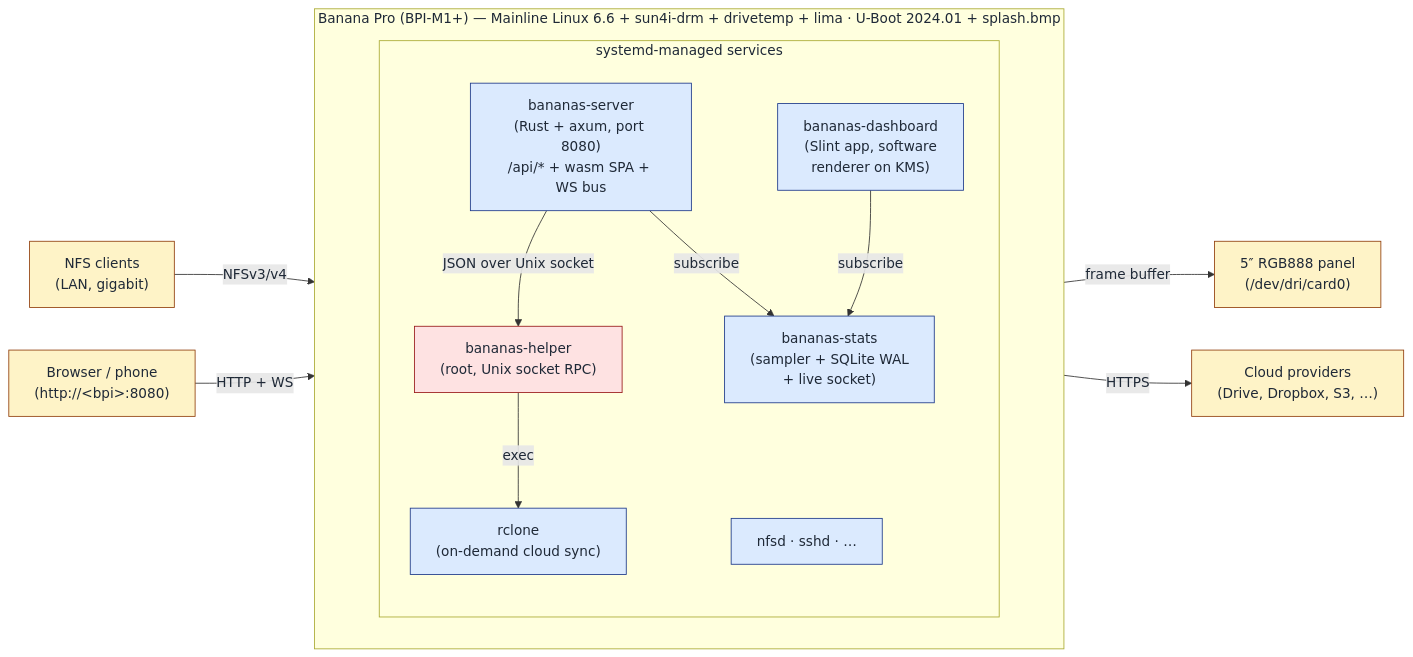
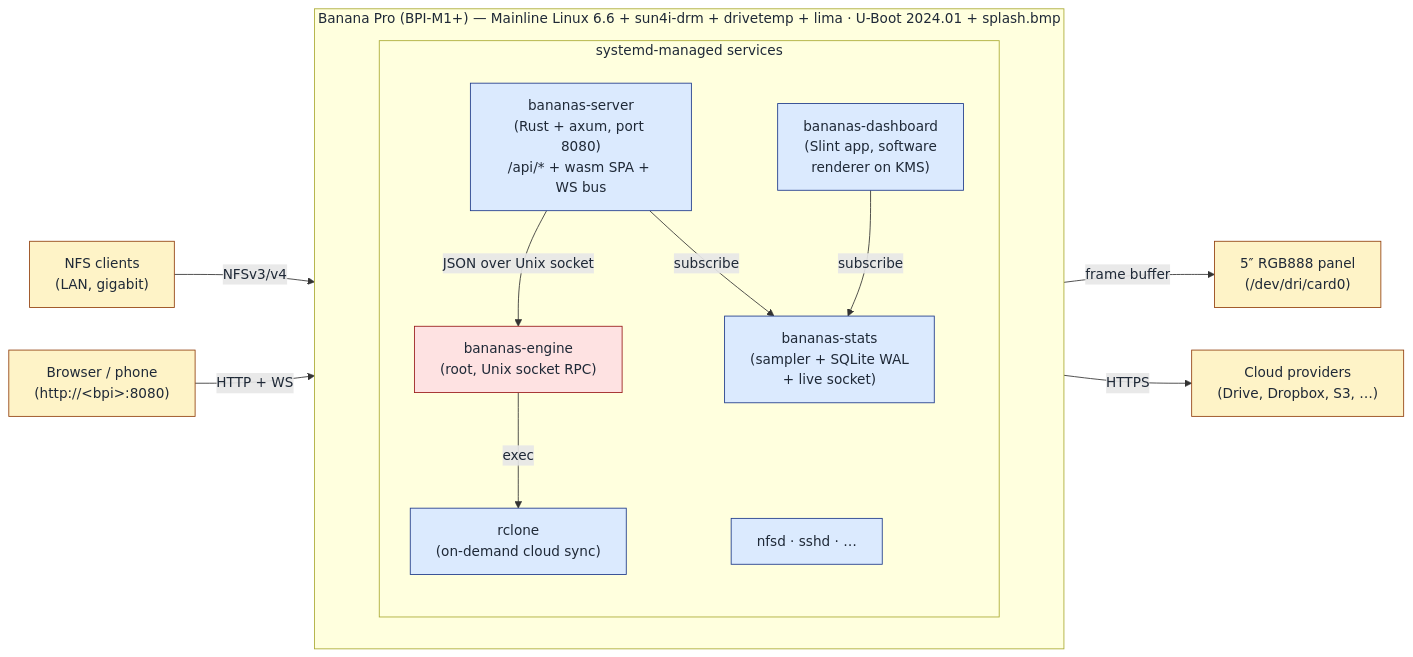
The diagram in README.md (rubeniskov/bananas), drawn with Mermaid before and after one commit. The commit also changed other lines of this file and 39 other files, not shown here.

````diff
--- a/README.md
+++ b/README.md
@@ -178,36 +178,36 @@
 ```mermaid
 flowchart LR
     Clients["NFS clients<br/>(LAN, gigabit)"]
     Browser["Browser / phone<br/>(http://&lt;bpi&gt;:8080)"]
     LCD["5″ RGB888 panel<br/>(/dev/dri/card0)"]
     Cloud["Cloud providers<br/>(Drive, Dropbox, S3, …)"]
 
     subgraph BPI["Banana Pro (BPI-M1+) — Mainline Linux 6.6 + sun4i-drm + drivetemp + lima · U-Boot 2024.01 + splash.bmp"]
         direction TB
         subgraph Userspace["systemd-managed services"]
             direction TB
             Server["bananas-server<br/>(Rust + axum, port 8080)<br/>/api/* + wasm SPA + WS bus"]
-            Helper["bananas-helper<br/>(root, Unix socket RPC)"]
+            Helper["bananas-engine<br/>(root, Unix socket RPC)"]
             Stats["bananas-stats<br/>(sampler + SQLite WAL<br/>+ live socket)"]
             Dashboard["bananas-dashboard<br/>(Slint app, software<br/>renderer on KMS)"]
             Rclone["rclone<br/>(on-demand cloud sync)"]
             Nfsd["nfsd · sshd · …"]
         end
     end
 
     Clients -->|NFSv3/v4| Nfsd
     Browser -->|HTTP + WS| Server
     Server -->|JSON over Unix socket| Helper
     Server -->|subscribe| Stats
     Dashboard -->|subscribe| Stats
     Dashboard -->|frame buffer| LCD
     Helper -->|exec| Rclone
     Rclone -->|HTTPS| Cloud
 
     classDef ext fill:#fef3c7,stroke:#92400e,color:#1f2937
     classDef svc fill:#dbeafe,stroke:#1e3a8a,color:#1f2937
     classDef root fill:#fee2e2,stroke:#991b1b,color:#1f2937
     class Clients,Browser,LCD,Cloud ext
     class Server,Stats,Dashboard,Rclone,Nfsd svc
     class Helper root
 ```
````
